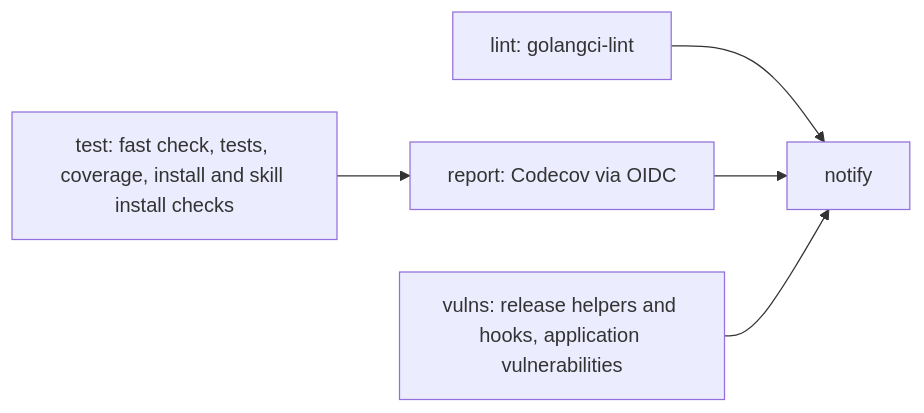
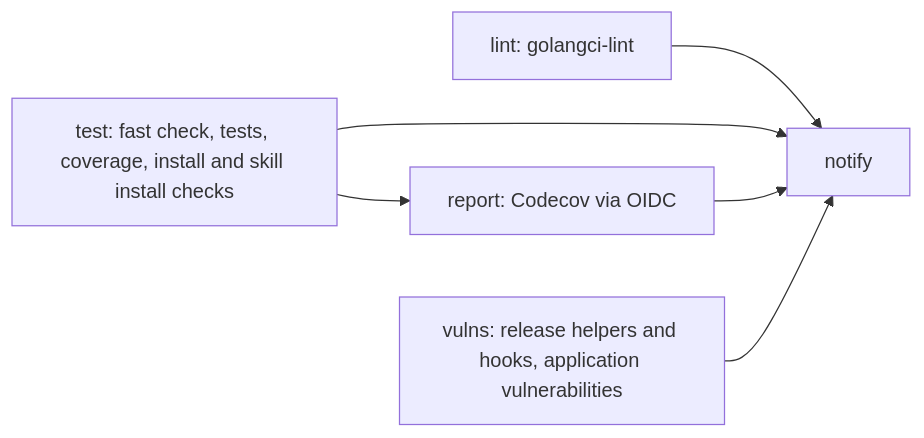
Before and after one commit to octopot/indexit: the second of 10 diagrams in .github/workflows/README.md, drawn with Mermaid. The commit also changed other lines of this file and 3 other files, not shown here.

````diff
--- a/.github/workflows/README.md
+++ b/.github/workflows/README.md
@@ -55,7 +55,7 @@
 ```mermaid
 flowchart LR
   lint[lint: golangci-lint]
   test[test: fast check, tests, coverage, install and skill install checks] --> report[report: Codecov via OIDC]
   vulns[vulns: release helpers and hooks, application vulnerabilities]
-  lint & report & vulns --> notify[notify]
+  lint & test & report & vulns --> notify[notify]
 ```
````
